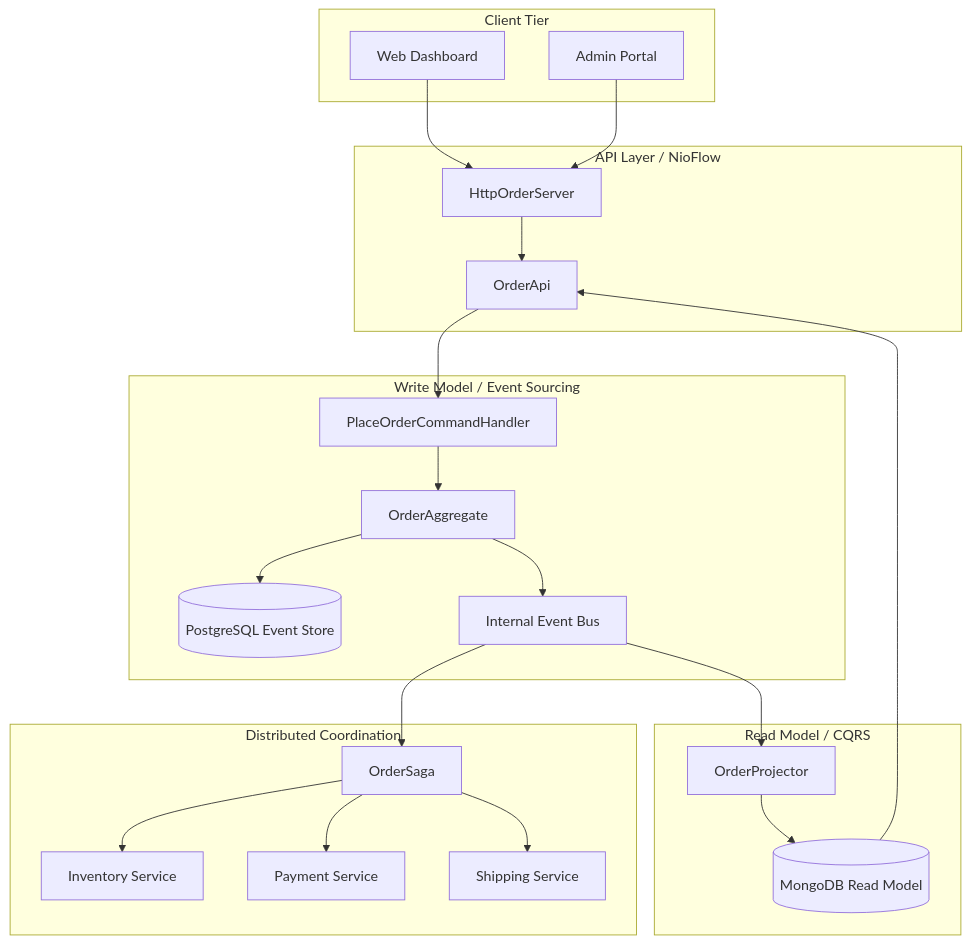
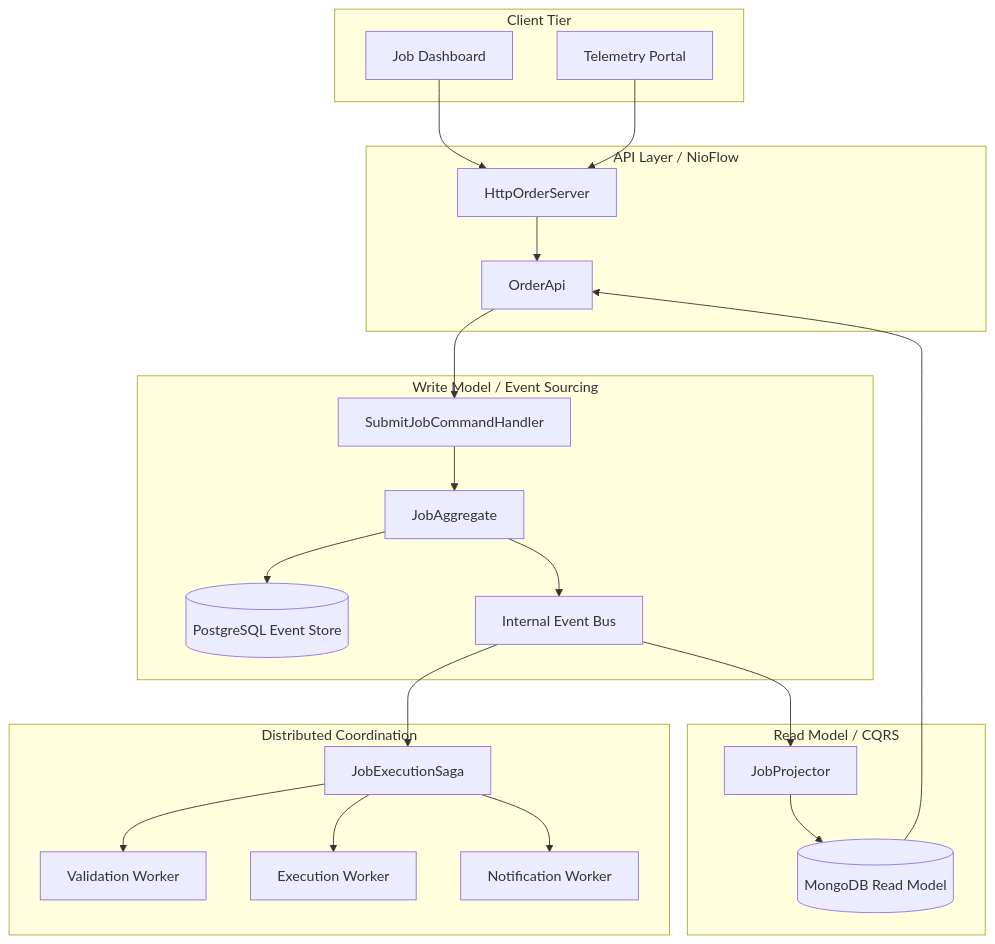
The first of 2 diagrams in README.md (jhanvi857/Evora), drawn with Mermaid before and after one commit. The commit also changed other lines of this file and 5 other files, not shown here.

First line of the commit message:
feat(ui): update dashboard for Job Queue tracking

````diff
--- a/README.md
+++ b/README.md
@@ -9,46 +9,46 @@
 ```mermaid
 graph TD
     subgraph Client_Tier [Client Tier]
-        UI[Web Dashboard]
-        Admin[Admin Portal]
+        UI[Job Dashboard]
+        Admin[Telemetry Portal]
     end
 
     subgraph API_Layer [API Layer / NioFlow]
         Srv[HttpOrderServer]
         Bridge[OrderApi]
     end
 
     subgraph Command_Side [Write Model / Event Sourcing]
-        Handler[PlaceOrderCommandHandler]
-        Agg[OrderAggregate]
+        Handler[SubmitJobCommandHandler]
+        Agg[JobAggregate]
         Store[(PostgreSQL Event Store)]
         Bus[Internal Event Bus]
     end
 
     subgraph Saga_Orchestrator [Distributed Coordination]
-        Orch[OrderSaga]
-        Inv[Inventory Service]
-        Pay[Payment Service]
-        Ship[Shipping Service]
+        Orch[JobExecutionSaga]
+        Val[Validation Worker]
+        Exec[Execution Worker]
+        Notif[Notification Worker]
     end
 
     subgraph Query_Side [Read Model / CQRS]
-        Proj[OrderProjector]
+        Proj[JobProjector]
         Repo[(MongoDB Read Model)]
     end
 
     UI --> Srv
     Admin --> Srv
     Srv --> Bridge
     Bridge --> Handler
     Handler --> Agg
     Agg --> Store
     Agg --> Bus
     Bus --> Orch
     Bus --> Proj
-    Orch --> Inv
-    Orch --> Pay
-    Orch --> Ship
+    Orch --> Val
+    Orch --> Exec
+    Orch --> Notif
     Proj --> Repo
     Repo --> Bridge
 ```
````
